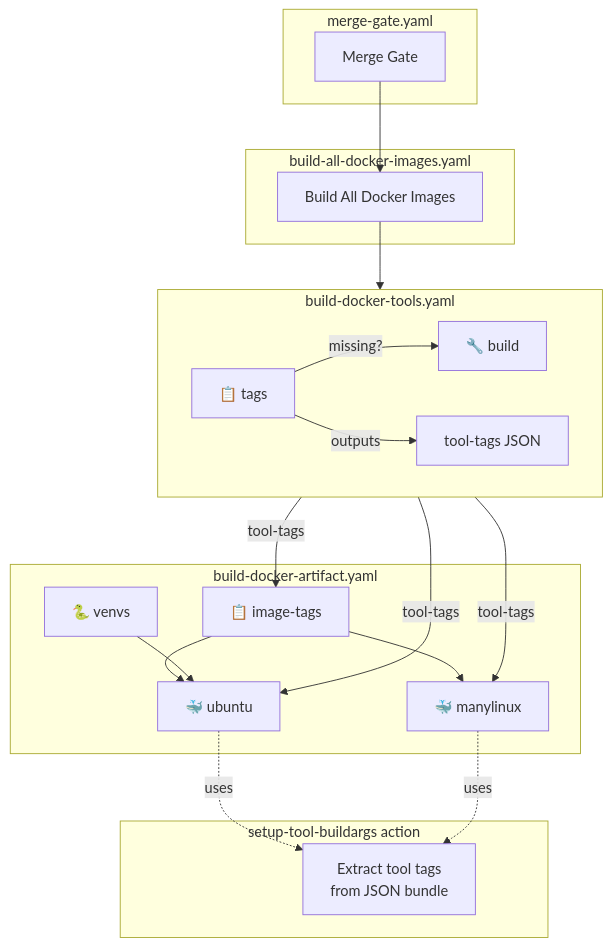
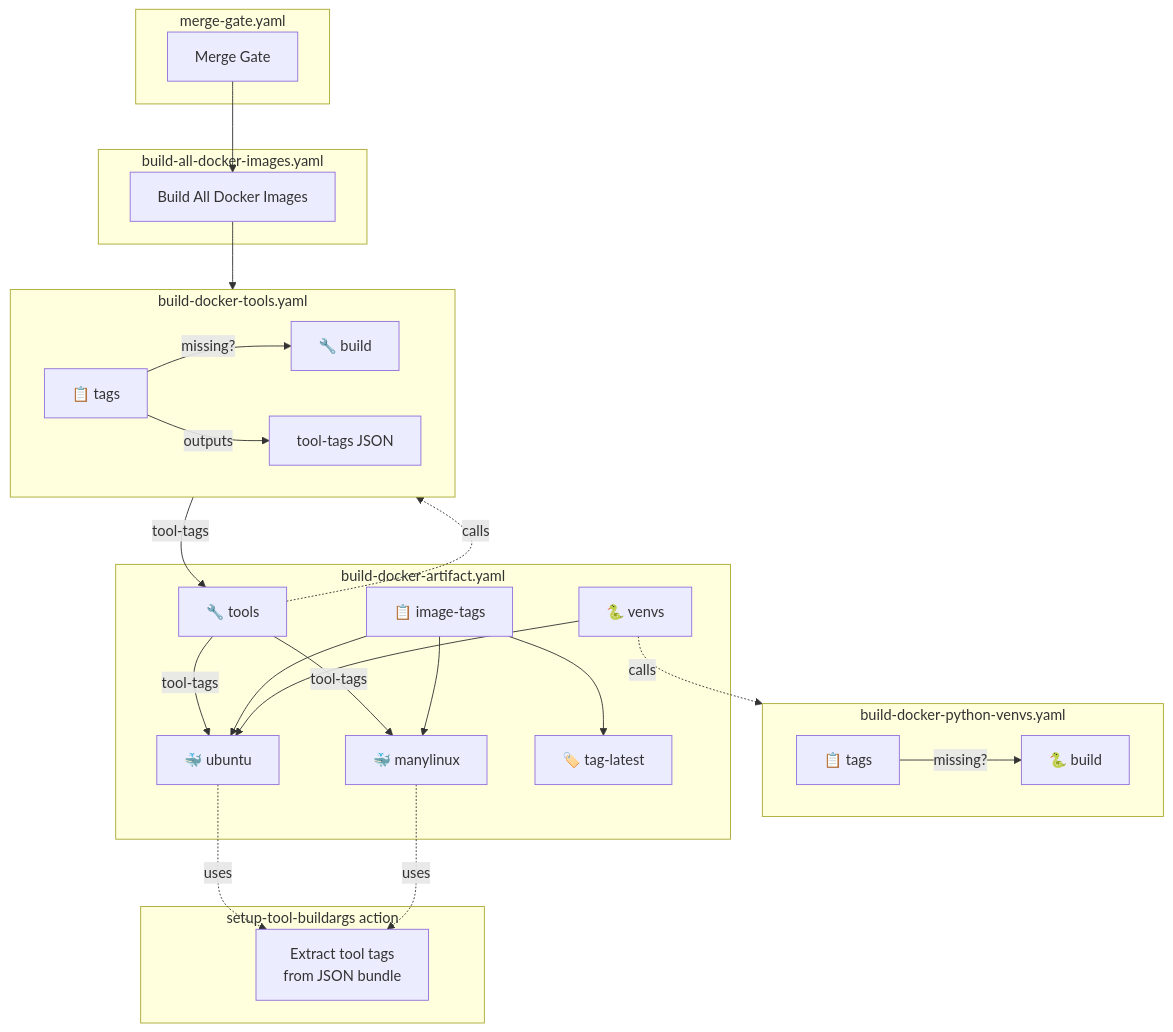
One commit to tenstorrent/tt-metal changed the second of 3 diagrams in dockerfile/README.md. Above: the diagram before and after it, drawn with Mermaid. The commit also changed other lines of this file and 1 other file, not shown here.

Commit message:
simplify venv naming and update docs

````diff
--- a/dockerfile/README.md
+++ b/dockerfile/README.md
@@ -44,39 +44,50 @@
 ```mermaid
 flowchart TD
     subgraph MergeGate [merge-gate.yaml]
         MG[Merge Gate]
     end
 
     subgraph AllDocker [build-all-docker-images.yaml]
         AD[Build All Docker Images]
     end
 
     subgraph Tools [build-docker-tools.yaml]
-        Tags[📋 tags]
-        Build[🔧 build]
-        Tags -->|missing?| Build
-        Tags -->|outputs| TT[tool-tags JSON]
+        ToolTags[📋 tags]
+        ToolBuild[🔧 build]
+        ToolTags -->|missing?| ToolBuild
+        ToolTags -->|outputs| TT[tool-tags JSON]
+    end
+
+    subgraph Venvs [build-docker-python-venvs.yaml]
+        VenvTags[📋 tags]
+        VenvBuild[🐍 build]
+        VenvTags -->|missing?| VenvBuild
     end
 
     subgraph DockerArtifact [build-docker-artifact.yaml]
+        DATools[🔧 tools]
+        DAVenvs[🐍 venvs]
         ImgTags[📋 image-tags]
-        Venvs[🐍 venvs]
         Ubuntu[🐳 ubuntu]
         ML[🐳 manylinux]
+        TagLatest[🏷️ tag-latest]
     end
 
     subgraph CompositeAction [setup-tool-buildargs action]
         CA[Extract tool tags<br/>from JSON bundle]
     end
 
     MG --> AD
     AD --> Tools
-    Tools -->|tool-tags| ImgTags
-    Tools -->|tool-tags| Ubuntu
-    Tools -->|tool-tags| ML
+    Tools -->|tool-tags| DATools
+    DATools -.->|calls| Tools
+    DAVenvs -.->|calls| Venvs
+    DATools -->|tool-tags| Ubuntu
+    DATools -->|tool-tags| ML
     ImgTags --> Ubuntu
     ImgTags --> ML
-    Venvs --> Ubuntu
+    ImgTags --> TagLatest
+    DAVenvs --> Ubuntu
     Ubuntu -.->|uses| CA
     ML -.->|uses| CA
 ```
````
